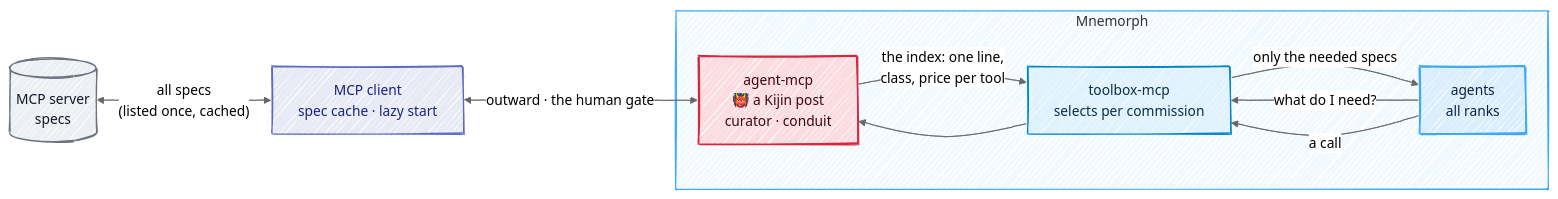
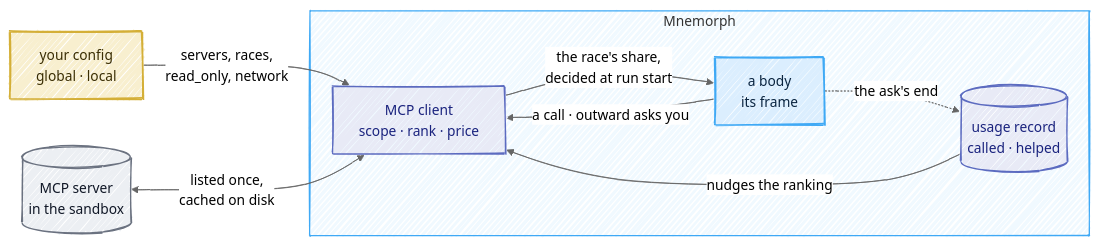
One commit to Kaginari/mnemorph changed the diagram in docs/07-mcp.md. Above: the diagram before and after it, drawn with Mermaid. The commit also changed other lines of this file and 3 other files, not shown here.

Commit message:
docs(mcp): 07 as built, 06 schema pricing, the journal (refs #48)

````diff
--- a/docs/07-mcp.md
+++ b/docs/07-mcp.md
@@ -5,32 +5,27 @@
 ```mermaid
 ---
 config:
   look: handDrawn
   theme: neutral
   flowchart:
     wrappingWidth: 360
 ---
 flowchart LR
-    S[("MCP server<br/>specs")] <-->|"all specs<br/>(listed once, cached)"| C["MCP client<br/>spec cache · lazy start"]
+    H["your config<br/>global · local"] -->|"servers, races,<br/>read_only, network"| C
+    S[("MCP server<br/>in the sandbox")] <-->|"listed once,<br/>cached on disk"| C["MCP client<br/>scope · rank · price"]
     subgraph mnemorph["Mnemorph"]
-      K["agent-mcp<br/>👹 a Kijin post<br/>curator · conduit"]
-      T["toolbox-mcp<br/>selects per commission"]
-      A["agents<br/>all ranks"]
+      C -->|"the race's share,<br/>decided at run start"| A["a body<br/>its frame"]
+      A -->|"a call · outward asks you"| C
+      L[("usage record<br/>called · helped")] -->|"nudges the ranking"| C
+      A -. "the ask's end" .-> L
     end
-    C <-->|"outward · the human gate"| K
-    K -->|"the index: one line,<br/>class, price per tool"| T
-    A -->|"what do I need?"| T
-    T -->|"only the needed specs"| A
-    A -->|"a call"| T --> K
+    classDef human fill:#f8efcf,stroke:#D4AF37,stroke-width:2px,color:#3a2e05
+    class H human
     classDef outside fill:#eceff3,stroke:#6b7280,stroke-width:1.5px,color:#111827
     class S outside
     classDef store fill:#e8eaf6,stroke:#5c6bc0,stroke-width:1.5px,color:#1a237e
-    class C store
-    classDef kijin fill:#fbdde1,stroke:#D7263D,stroke-width:2px,color:#3d0710
-    class K kijin
-    classDef step fill:#e0f2fe,stroke:#0284c7,stroke-width:1.5px,color:#082f49
-    class T step
+    class C,L store
     classDef throne fill:#dbeefe,stroke:#3FA9F5,stroke-width:2px,color:#0b2540
     class A throne
     style mnemorph fill:#f0f9ff,stroke:#3FA9F5
 ```
````
